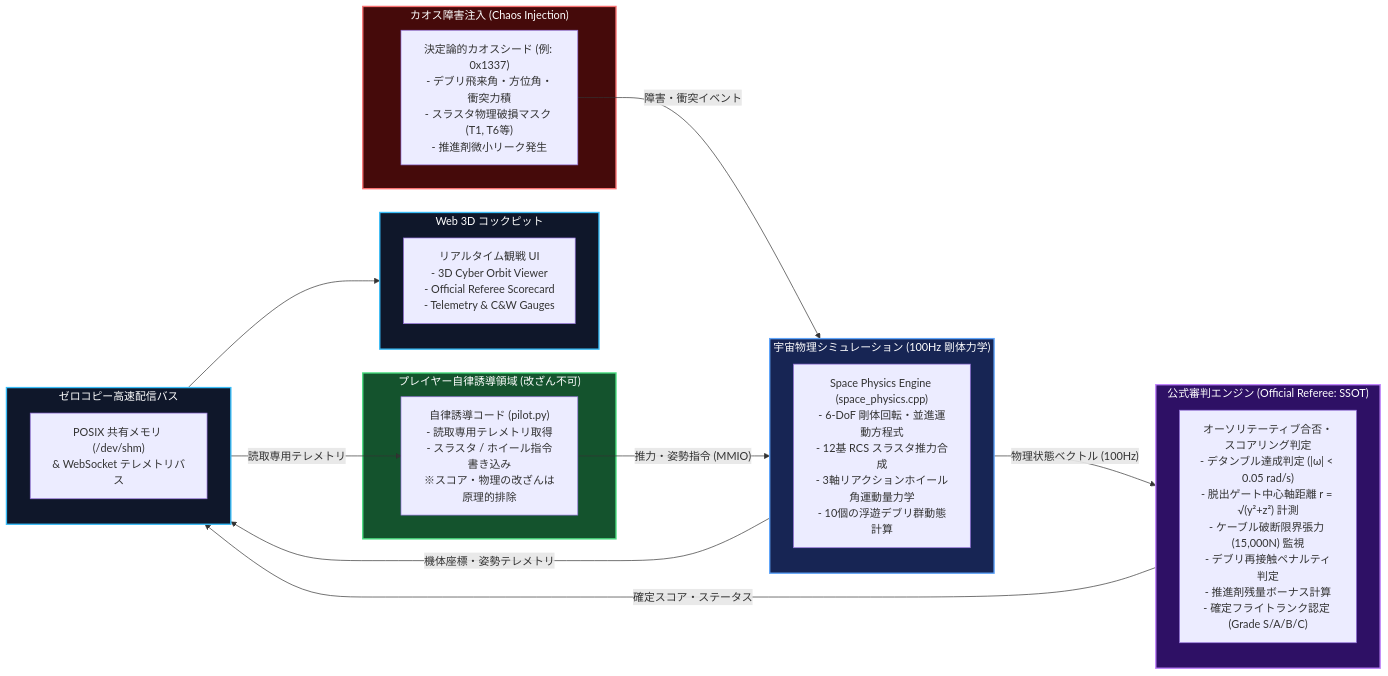
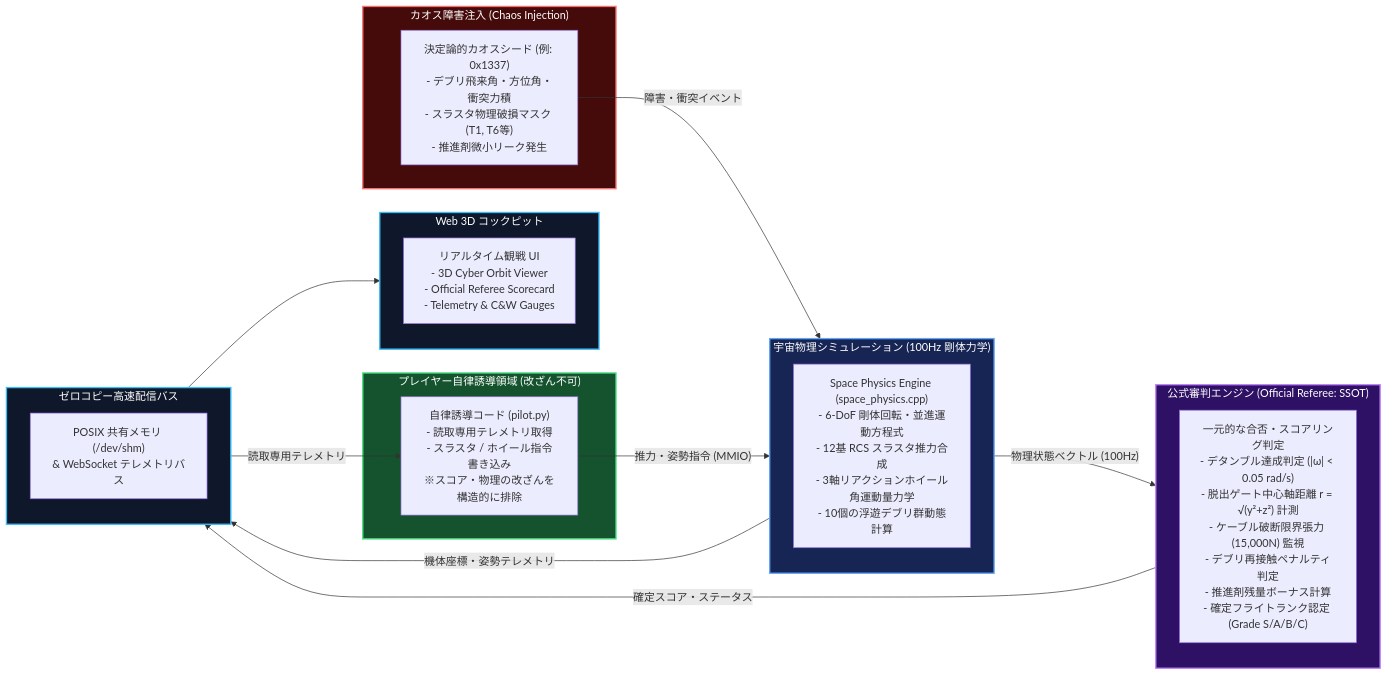
Before and after one commit to sirosiro/SpaceGuidance-FBB: the sixth of 6 diagrams in README.md, drawn with Mermaid. The commit also changed other lines of this file and 9 other files, not shown here.

````diff
--- a/README.md
+++ b/README.md
@@ -230,46 +230,46 @@
 ```mermaid
 flowchart LR
     subgraph CHAOS["カオス障害注入 (Chaos Injection)"]
         SEED["決定論的カオスシード (例: 0x1337)<br/>- デブリ飛来角・方位角・衝突力積<br/>- スラスタ物理破損マスク (T1, T6等)<br/>- 推進剤微小リーク発生"]
     end
 
     subgraph SIM_ENGINE["宇宙物理シミュレーション (100Hz 剛体力学)"]
         PHYSICS["Space Physics Engine (space_physics.cpp)<br/>- 6-DoF 剛体回転・並進運動方程式<br/>- 12基 RCS スラスタ推力合成<br/>- 3軸リアクションホイール角運動量力学<br/>- 10個の浮遊デブリ群動態計算"]
     end
 
     subgraph OFFICIAL_REFEREE["公式審判エンジン (Official Referee: SSOT)"]
-        REFEREE["オーソリテーティブ合否・スコアリング判定<br/>- デタンブル達成判定 (|ω| < 0.05 rad/s)<br/>- 脱出ゲート中心軸距離 r = √(y²+z²) 計測<br/>- ケーブル破断限界張力 (15,000N) 監視<br/>- デブリ再接触ペナルティ判定<br/>- 推進剤残量ボーナス計算<br/>- 確定フライトランク認定 (Grade S/A/B/C)"]
+        REFEREE["一元的な合否・スコアリング判定<br/>- デタンブル達成判定 (|ω| < 0.05 rad/s)<br/>- 脱出ゲート中心軸距離 r = √(y²+z²) 計測<br/>- ケーブル破断限界張力 (15,000N) 監視<br/>- デブリ再接触ペナルティ判定<br/>- 推進剤残量ボーナス計算<br/>- 確定フライトランク認定 (Grade S/A/B/C)"]
     end
 
     subgraph TELEMETRY_BUS["ゼロコピー高速配信バス"]
         BUS["POSIX 共有メモリ (/dev/shm)<br/>& WebSocket テレメトリバス"]
     end
 
     subgraph UI_LAYER["Web 3D コックピット"]
         WEB["リアルタイム観戦 UI<br/>- 3D Cyber Orbit Viewer<br/>- Official Referee Scorecard<br/>- Telemetry & C&W Gauges"]
     end
 
     subgraph PILOT_LAYER["プレイヤー自律誘導領域 (改ざん不可)"]
-        AUTOPILOT["自律誘導コード (pilot.py)<br/>- 読取専用テレメトリ取得<br/>- スラスタ / ホイール指令書き込み<br/>※スコア・物理の改ざんは原理的排除"]
+        AUTOPILOT["自律誘導コード (pilot.py)<br/>- 読取専用テレメトリ取得<br/>- スラスタ / ホイール指令書き込み<br/>※スコア・物理の改ざんを構造的に排除"]
     end
 
     SEED -->|"障害・衝突イベント"| SIM_ENGINE
     AUTOPILOT -->|"推力・姿勢指令 (MMIO)"| SIM_ENGINE
     SIM_ENGINE -->|"物理状態ベクトル (100Hz)"| OFFICIAL_REFEREE
     OFFICIAL_REFEREE -->|"確定スコア・ステータス"| TELEMETRY_BUS
     SIM_ENGINE -->|"機体座標・姿勢テレメトリ"| TELEMETRY_BUS
     TELEMETRY_BUS --> UI_LAYER
     TELEMETRY_BUS -->|"読取専用テレメトリ"| AUTOPILOT
 
     classDef chaos fill:#450a0a,stroke:#f87171,stroke-width:2px,color:#fff;
     classDef sim fill:#172554,stroke:#60a5fa,stroke-width:2px,color:#fff;
     classDef ref fill:#2e1065,stroke:#c084fc,stroke-width:2px,color:#fff;
     classDef bus fill:#0f172a,stroke:#38bdf8,stroke-width:2px,color:#fff;
     classDef pilot fill:#14532d,stroke:#4ade80,stroke-width:2px,color:#fff;
     class CHAOS chaos;
     class SIM_ENGINE sim;
     class OFFICIAL_REFEREE ref;
     class TELEMETRY_BUS bus;
     class UI_LAYER bus;
     class PILOT_LAYER pilot;
 ```
````
